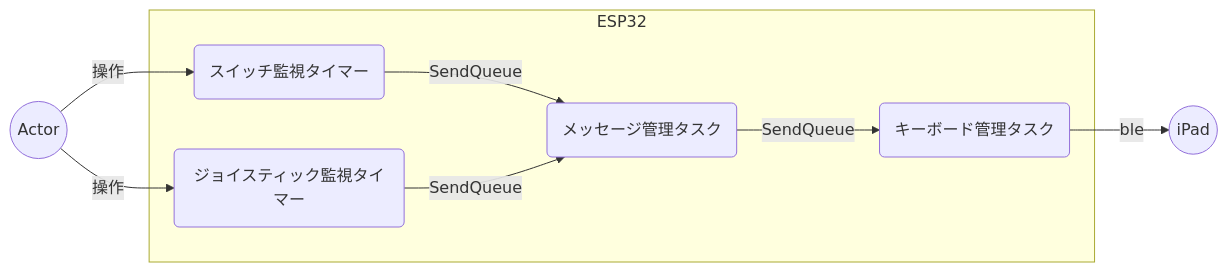
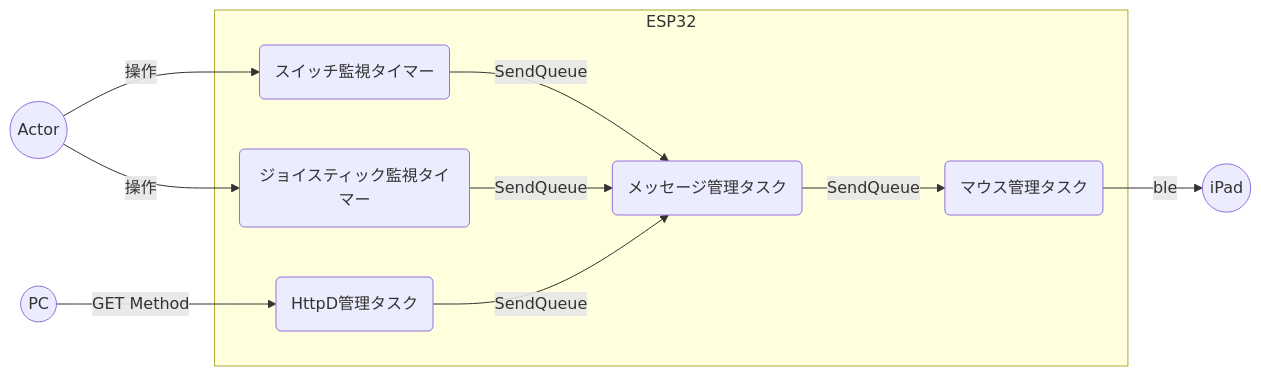
Before and after one commit to kotaproj/esp32_mouse: the diagram in README.md, drawn with Mermaid. The commit also changed other lines of this file, not shown here.

````diff
--- a/README.md
+++ b/README.md
@@ -27,14 +74,16 @@
 ```mermaid
 graph LR
 
     actor((Actor)) -->|操作| SW(スイッチ監視タイマー)
     actor((Actor)) -->|操作| JS(ジョイスティック監視タイマー)
+    pc((PC)) -->|GET Method| HD(HttpD管理タスク)
 
     subgraph ESP32
         SW(スイッチ監視タイマー) -->|SendQueue| CTL(メッセージ管理タスク)
         JS(ジョイスティック監視タイマー) -->|SendQueue| CTL(メッセージ管理タスク)
-        CTL(メッセージ管理タスク) -->|SendQueue| KBD(キーボード管理タスク)
+        HD(HttpD管理タスク) -->|SendQueue| CTL(メッセージ管理タスク)
+        CTL(メッセージ管理タスク) -->|SendQueue| MOUSE(マウス管理タスク)
     end
 
-    KBD(キーボード管理タスク) -->|ble| ipad((iPad))
+    MOUSE(マウス管理タスク) -->|ble| ipad((iPad))
 ```
````
